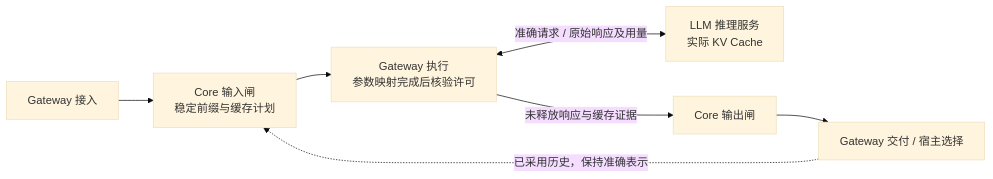
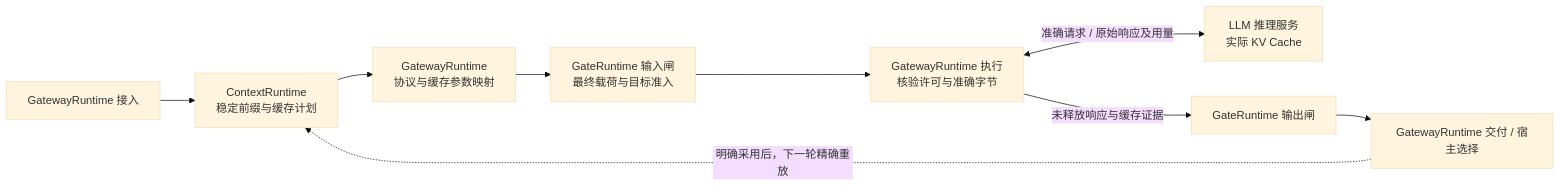
Before and after one commit to 2397819368a-oss/powercontext-2026: the third of 3 diagrams in docs/zh/rfcs/2086-core-inference-gates-and-optional-gateway.md, drawn with Mermaid (base theme). The commit also changed other lines of this file and 1 other file, not shown here.

Commit message:
docs(rfc): define context and gateway runtime boundaries

````diff
--- a/docs/zh/rfcs/2086-core-inference-gates-and-optional-gateway.md
+++ b/docs/zh/rfcs/2086-core-inference-gates-and-optional-gateway.md
@@ -825,9 +934,11 @@
 ```mermaid
 flowchart LR
-    Ingress["Gateway 接入"] --> Input["Core 输入闸<br/>稳定前缀与缓存计划"]
-    Input --> Execute["Gateway 执行<br/>参数映射完成后核验许可"]
+    Ingress["GatewayRuntime 接入"] --> Context["ContextRuntime<br/>稳定前缀与缓存计划"]
+    Context --> Mapping["GatewayRuntime<br/>协议与缓存参数映射"]
+    Mapping --> Input["GateRuntime 输入闸<br/>最终载荷与目标准入"]
+    Input --> Execute["GatewayRuntime 执行<br/>核验许可与准确字节"]
     Execute <-->|"准确请求 / 原始响应及用量"| Model["LLM 推理服务<br/>实际 KV Cache"]
-    Execute -->|"未释放响应与缓存证据"| Output["Core 输出闸"]
-    Output --> Deliver["Gateway 交付 / 宿主选择"]
-    Deliver -.->|"已采用历史，保持准确表示"| Input
+    Execute -->|"未释放响应与缓存证据"| Output["GateRuntime 输出闸"]
+    Output --> Deliver["GatewayRuntime 交付 / 宿主选择"]
+    Deliver -.->|"明确采用后，下一轮精确重放"| Context
 ```
````
